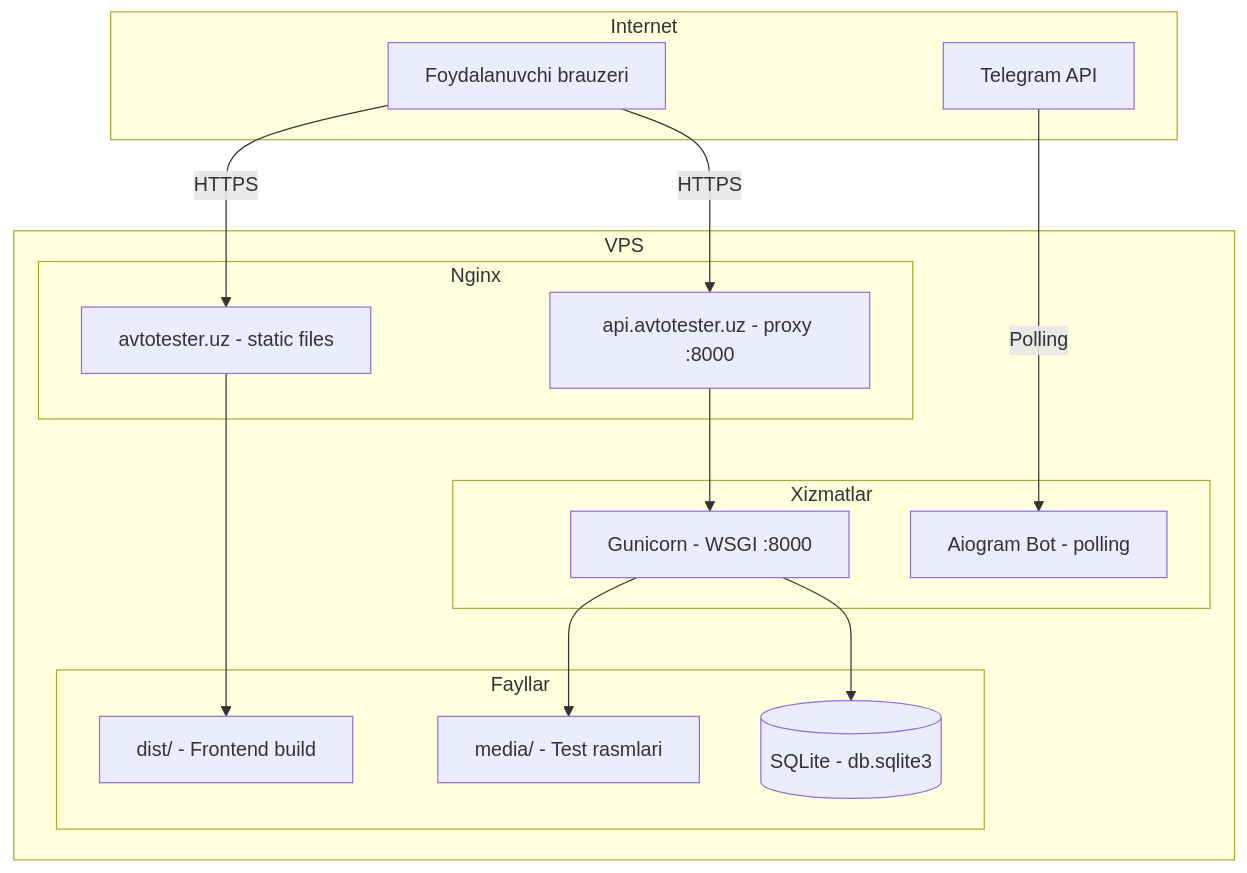
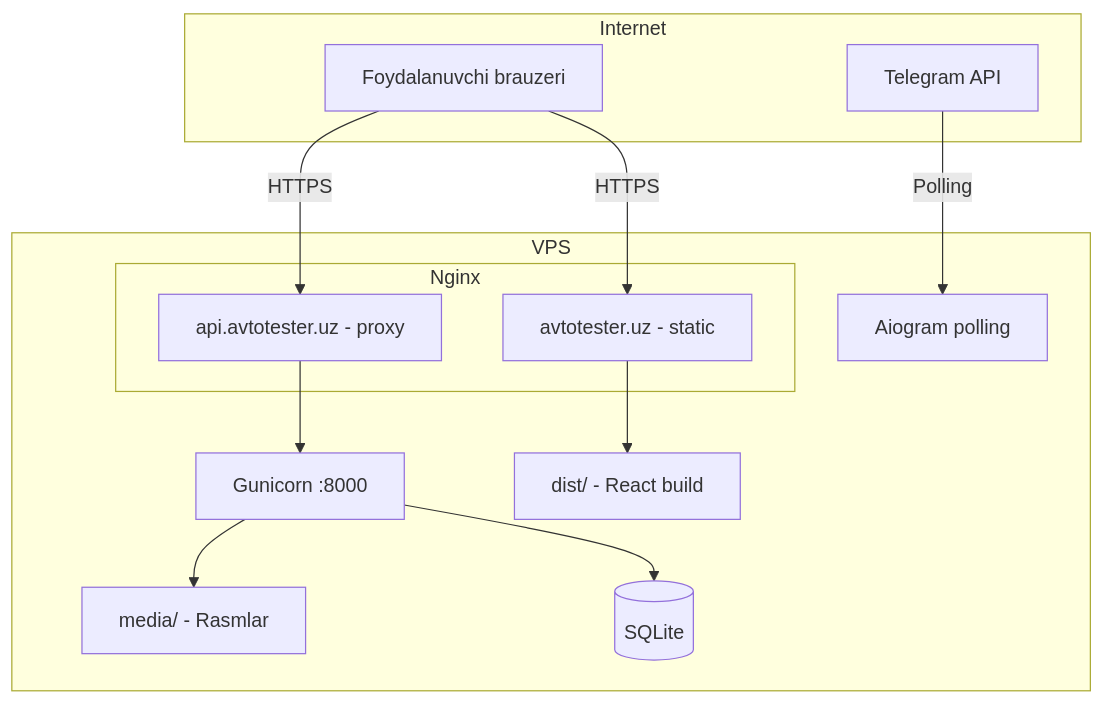
Diagram 16 of 16 in README.md (khismoiloff/BrpAvtoTest), drawn with Mermaid before and after one commit. The commit also changed other lines of this file, not shown here.

````diff
--- a/README.md
+++ b/README.md
@@ -821,35 +880,30 @@
 ```mermaid
 %%{init: {'theme': 'default'}}%%
 graph TB
     subgraph Internet
         CL[Foydalanuvchi brauzeri]
         TGA[Telegram API]
     end
 
     subgraph VPS
         subgraph Nginx
-            N1[avtotester.uz - static files]
-            N2[api.avtotester.uz - proxy :8000]
+            N1[avtotester.uz - static]
+            N2[api.avtotester.uz - proxy]
         end
-        
-        subgraph Xizmatlar
-            GU[Gunicorn - WSGI :8000]
-            BOT[Aiogram Bot - polling]
-        end
-        
-        subgraph Fayllar
-            DIST[dist/ - Frontend build]
-            MEDIA[media/ - Test rasmlari]
-            DB[(SQLite - db.sqlite3)]
-        end
+
+        GU[Gunicorn :8000]
+        BOT[Aiogram polling]
+
+        DIST[dist/ - React build]
+        MEDIA[media/ - Rasmlar]
+        DB[(SQLite)]
     end
 
     CL -->|HTTPS| N1
     CL -->|HTTPS| N2
     TGA -->|Polling| BOT
-    
     N1 --> DIST
     N2 --> GU
     GU --> DB
     GU --> MEDIA
 ```
````
